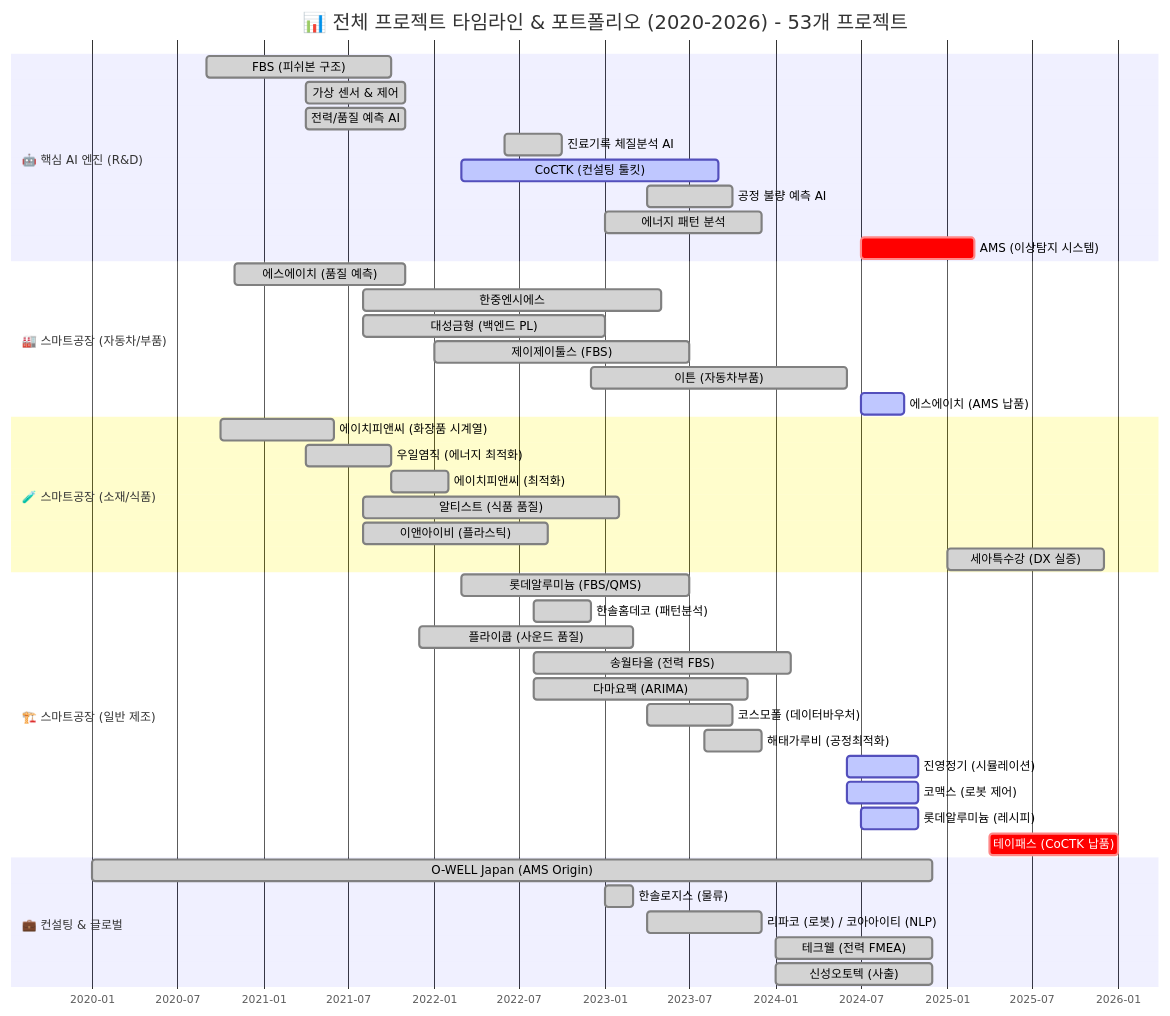
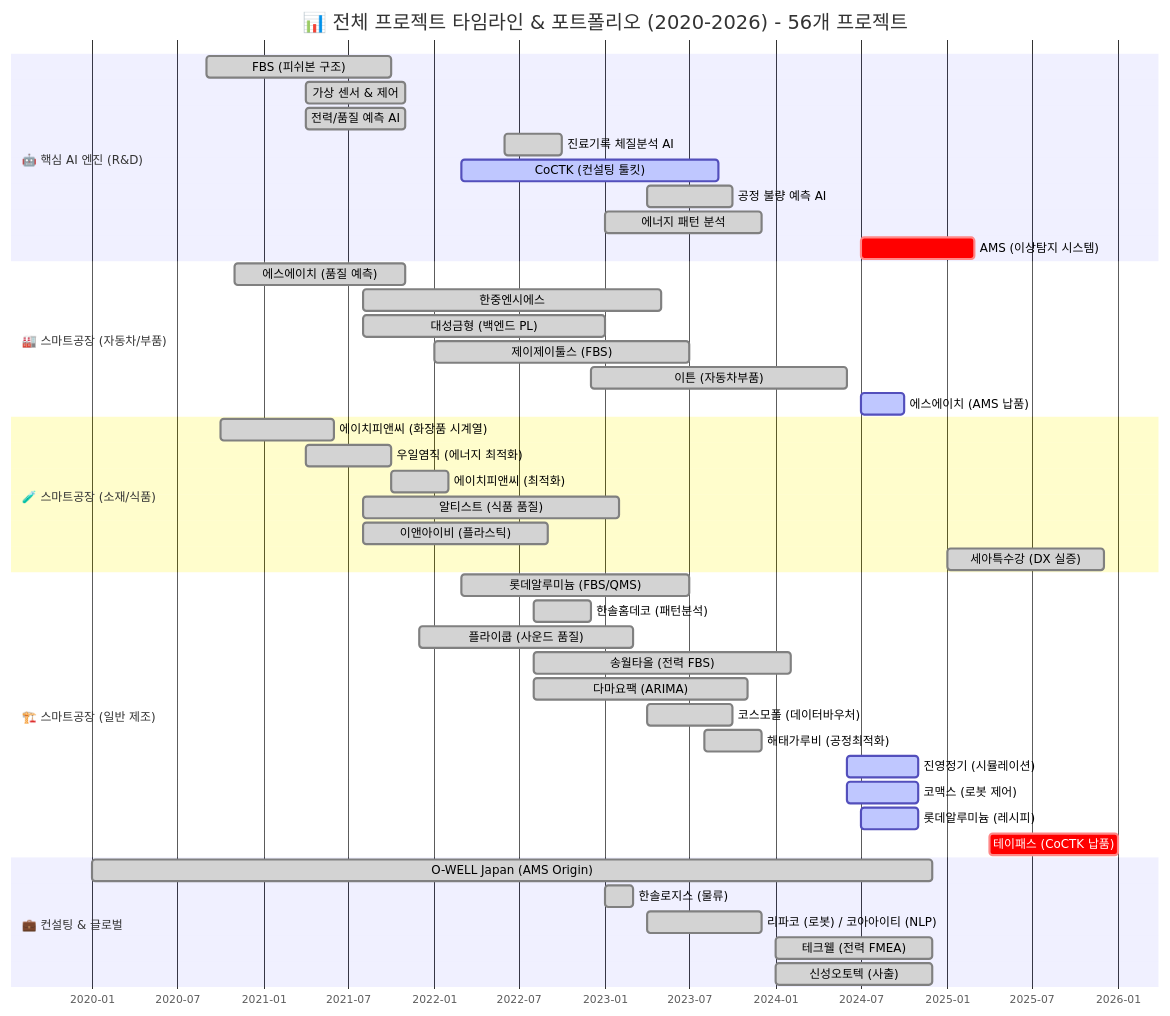
One commit to moobaek/Testing_AI_agents_for_public_use changed the first of 16 diagrams in portfolio/portfolio_docs/02_Projects_Overview.md. Above: the diagram before and after it, drawn with Mermaid. The commit also changed other lines of this file and 19 other files, not shown here.

````diff
--- a/portfolio/portfolio_docs/02_Projects_Overview.md
+++ b/portfolio/portfolio_docs/02_Projects_Overview.md
@@ -11,53 +11,53 @@
 ```mermaid
 gantt
-    title 📊 전체 프로젝트 타임라인 & 포트폴리오 (2020-2026) - 53개 프로젝트
+    title 📊 전체 프로젝트 타임라인 & 포트폴리오 (2020-2026) - 56개 프로젝트
     dateFormat  YYYY-MM
     axisFormat  %Y-%m
     tickInterval 6month
 
     section 🤖 핵심 AI 엔진 (R&D)
     FBS (피쉬본 구조)              :done,    r1, 2020-09, 2021-10
     가상 센서 & 제어               :done,    r2, 2021-04, 2021-11
     전력/품질 예측 AI              :done,    r3, 2021-04, 2021-11
     진료기록 체질분석 AI           :done,    r4, 2022-06, 2022-10
     CoCTK (컨설팅 툴킷)          :active,  r5, 2022-03, 2023-09
     공정 불량 예측 AI              :done,    r6, 2023-04, 2023-10
     에너지 패턴 분석               :done,    r7, 2023-01, 2023-12
     AMS (이상탐지 시스템)          :crit,    r8, 2024-07, 2025-03
 
     section 🏭 스마트공장 (자동차/부품)
     에스에이치 (품질 예측)         :done,    sf1, 2020-11, 2021-11
     한중엔시에스                   :done,    sf2, 2021-08, 2023-05
     대성금형 (백엔드 PL)           :done,    sf3, 2021-08, 2023-01
     제이제이툴스 (FBS)             :done,    sf4, 2022-01, 2023-07
     이튼 (자동차부품)              :done,    sf5, 2022-12, 2024-06
     에스에이치 (AMS 납품)          :active,  sf6, 2024-07, 2024-10
 
     section 🧪 스마트공장 (소재/식품)
     에이치피앤씨 (화장품 시계열)   :done,    sf7, 2020-10, 2021-06
     우일염직 (에너지 최적화)       :done,    sf8, 2021-04, 2021-10
     에이치피앤씨 (최적화)          :done,    sf9, 2021-10, 2022-02
     알티스트 (식품 품질)           :done,    sf10, 2021-08, 2023-02
     이앤아이비 (플라스틱)          :done,    sf11, 2021-08, 2022-09
     세아특수강 (DX 실증)           :done,    sf12, 2025-01, 2025-12
 
     section 🏗️ 스마트공장 (일반 제조)
     롯데알루미늄 (FBS/QMS)         :done,    sf13, 2022-03, 2023-07
     한솔홈데코 (패턴분석)          :done,    sf14, 2022-08, 2022-12
     플라이쿱 (사운드 품질)         :done,    sf15, 2021-12, 2023-03
     송월타올 (전력 FBS)            :done,    sf16, 2022-08, 2024-02
     다마요팩 (ARIMA)               :done,    sf17, 2022-08, 2023-11
     코스모폴 (데이터바우처)        :done,    sf18, 2023-04, 2023-10
     해태가루비 (공정최적화)        :done,    sf19, 2023-08, 2023-12
     진영정기 (시뮬레이션)          :active,  sf20, 2024-06, 2024-11
     코맥스 (로봇 제어)             :active,  sf21, 2024-06, 2024-11
     롯데알루미늄 (레시피)          :active,  sf22, 2024-07, 2024-11
     테이패스 (CoCTK 납품)          :crit,    sf23, 2025-04, 2026-01
 
     section 💼 컨설팅 & 글로벌
     O-WELL Japan (AMS Origin)      :done,    c1, 2020-01, 2024-12
     한솔로지스 (물류)              :done,    c2, 2023-01, 2023-03
     리파코 (로봇) / 코아아이티 (NLP)      :done,    c3, 2023-04, 2023-12
     테크웰 (전력 FMEA)             :done,    c4, 2024-01, 2024-12
     신성오토텍 (사출)              :done,    c5, 2024-01, 2024-12
 ```
````
